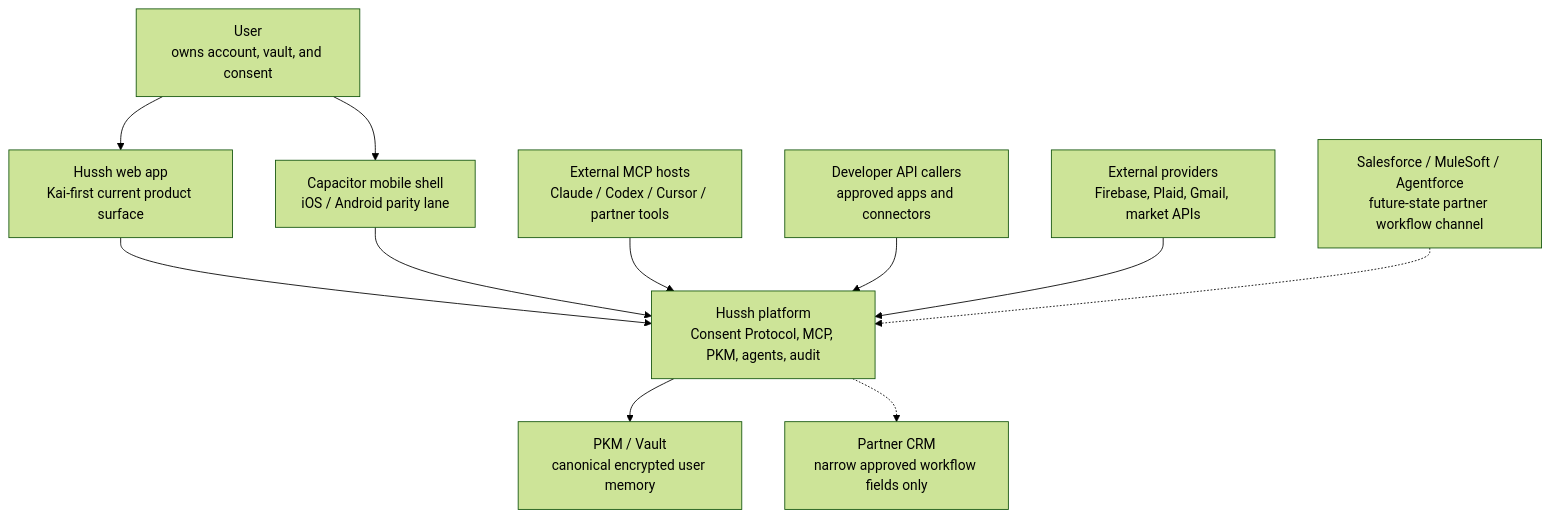
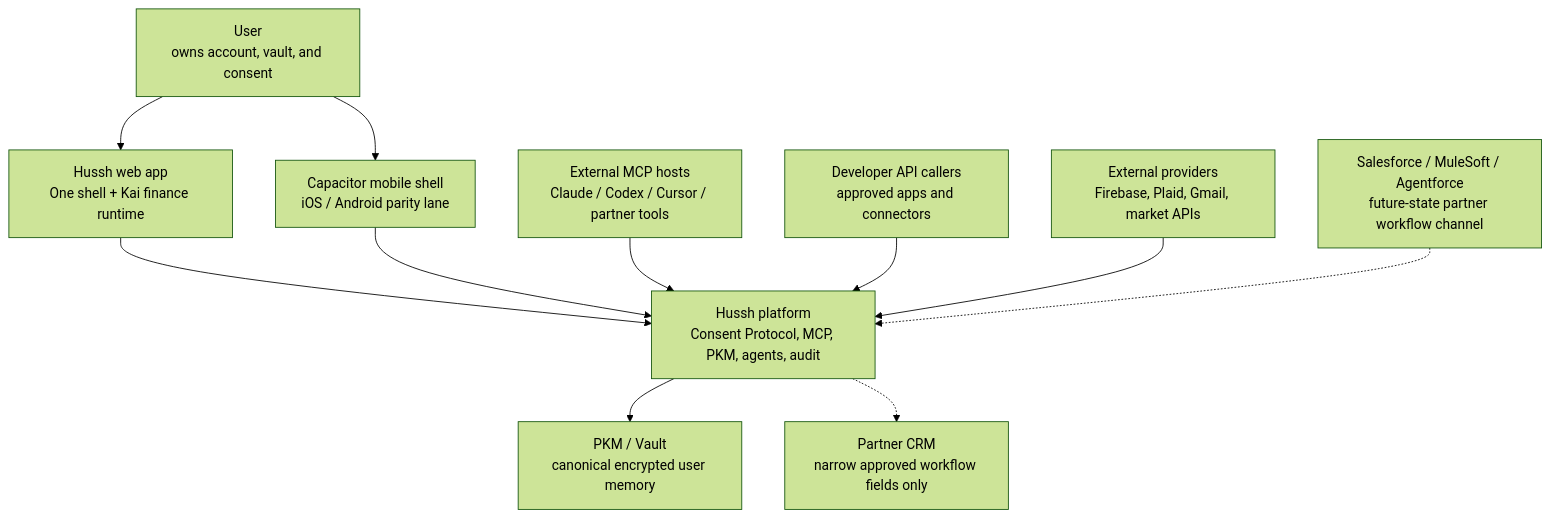
The second of 11 diagrams in docs/reference/architecture/architecture-view-catalog.md (hushh-labs/hushh-research), drawn with Mermaid (forest theme) before and after one commit. The commit also changed other lines of this file and 180 other files, not shown here.

Commit message:
feat: align One Voice runtime and docs governance

````diff
--- a/docs/reference/architecture/architecture-view-catalog.md
+++ b/docs/reference/architecture/architecture-view-catalog.md
@@ -82,26 +82,26 @@
 ```mermaid
 flowchart TB
   user["User<br/>owns account, vault, and consent"]
-  web["Hussh web app<br/>Kai-first current product surface"]
+  web["Hussh web app<br/>One shell + Kai finance runtime"]
   mobile["Capacitor mobile shell<br/>iOS / Android parity lane"]
   mcpHost["External MCP hosts<br/>Claude / Codex / Cursor / partner tools"]
   devCaller["Developer API callers<br/>approved apps and connectors"]
   providers["External providers<br/>Firebase, Plaid, Gmail, market APIs"]
   partner["Salesforce / MuleSoft / Agentforce<br/>future-state partner workflow channel"]
 
   hussh["Hussh platform<br/>Consent Protocol, MCP, PKM, agents, audit"]
   pkm["PKM / Vault<br/>canonical encrypted user memory"]
   crm["Partner CRM<br/>narrow approved workflow fields only"]
 
   user --> web
   user --> mobile
   web --> hussh
   mobile --> hussh
   mcpHost --> hussh
   devCaller --> hussh
   providers --> hussh
   partner -.-> hussh
 
   hussh --> pkm
   hussh -.-> crm
 ```
````
